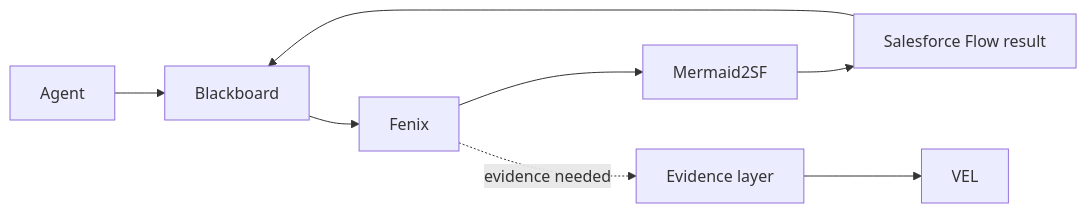
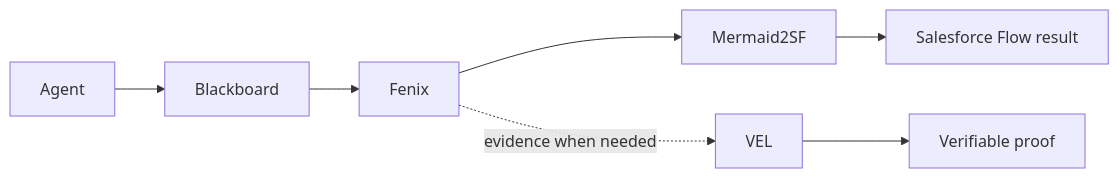
Before and after one commit to krukmat/fenix: the seventh of 8 diagrams in README.md, drawn with Mermaid. The commit also changed other lines of this file, not shown here.

First line of the commit message:
docs(readme): explain Mermaid2SF and VEL interactions conceptually [skip ci]

````diff
--- a/README.md
+++ b/README.md
@@ -188,11 +251,11 @@
 ```mermaid
 flowchart LR
     A[Agent] --> B[Blackboard]
     B --> F[Fenix]
+
     F --> M[Mermaid2SF]
     M --> R[Salesforce Flow result]
-    R --> B
 
-    F -. evidence needed .-> E[Evidence layer]
-    E --> V[VEL]
+    F -. evidence when needed .-> V[VEL]
+    V --> P[Verifiable proof]
 ```
````
